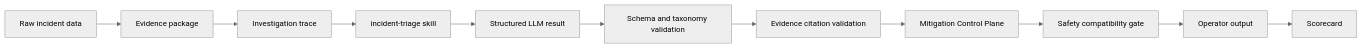
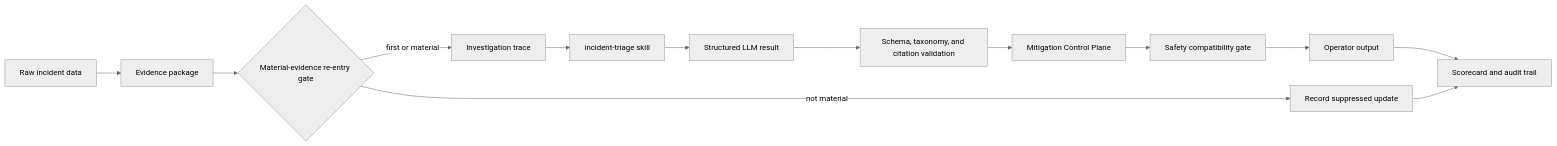
One commit to shaversj/incident-triage-agent changed the diagram in README.md. Above: the diagram before and after it, drawn with Mermaid (neutral theme). The commit also changed other lines of this file and 4 other files, not shown here.

Commit message:
docs(reentry): explain material evidence routing

````diff
--- a/README.md
+++ b/README.md
@@ -115,13 +117,15 @@
 ```mermaid
 flowchart LR
     A["Raw incident data"] --> B["Evidence package"]
-    B --> C["Investigation trace"]
-    C --> D["incident-triage skill"]
-    D --> E["Structured LLM result"]
-    E --> F["Schema and taxonomy validation"]
-    F --> G["Evidence citation validation"]
+    B --> C{"Material-evidence re-entry gate"}
+    C -->|first or material| D["Investigation trace"]
+    C -->|not material| L["Record suppressed update"]
+    D --> E["incident-triage skill"]
+    E --> F["Structured LLM result"]
+    F --> G["Schema, taxonomy, and citation validation"]
     G --> H["Mitigation Control Plane"]
     H --> I["Safety compatibility gate"]
     I --> J["Operator output"]
-    J --> K["Scorecard"]
+    J --> K["Scorecard and audit trail"]
+    L --> K
 ```
````
